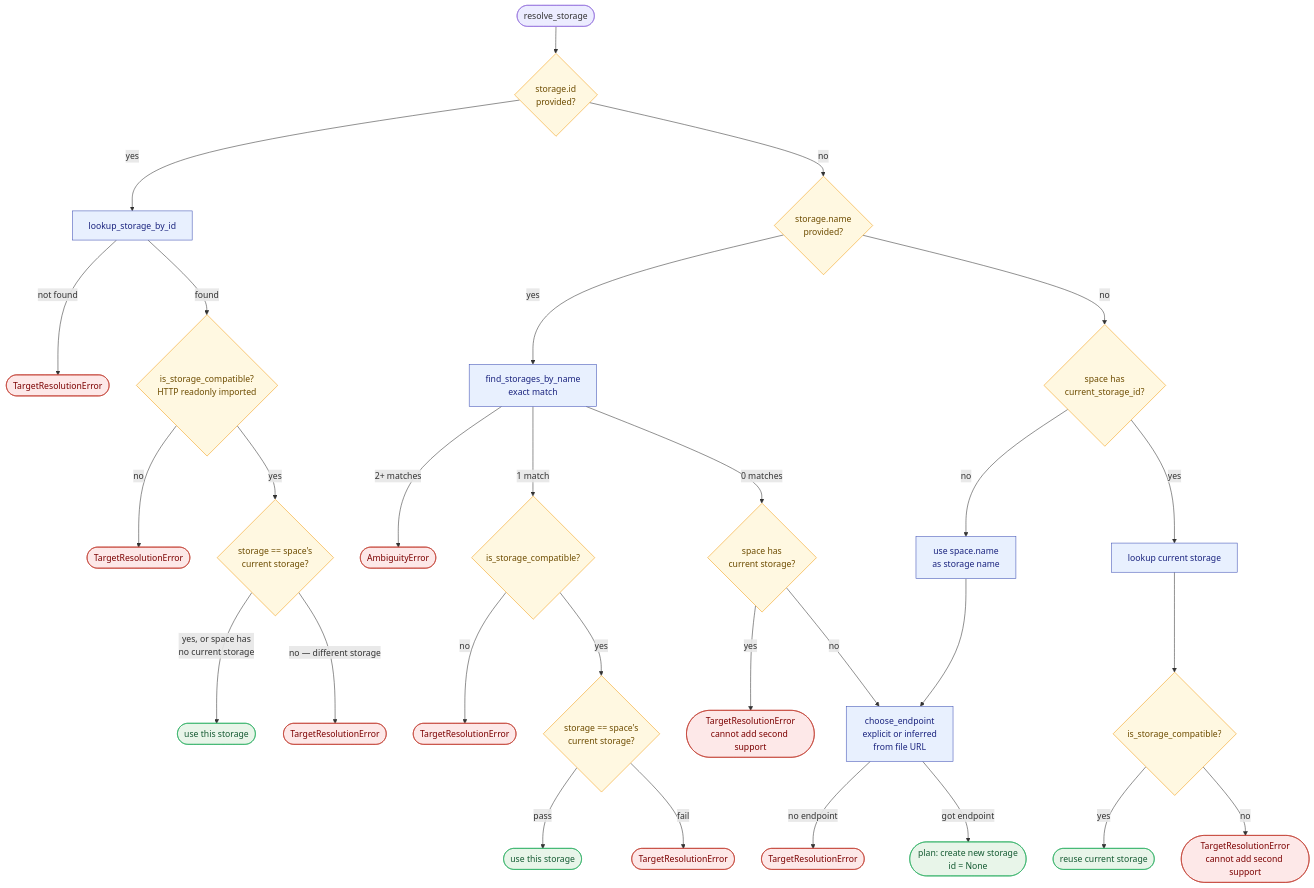
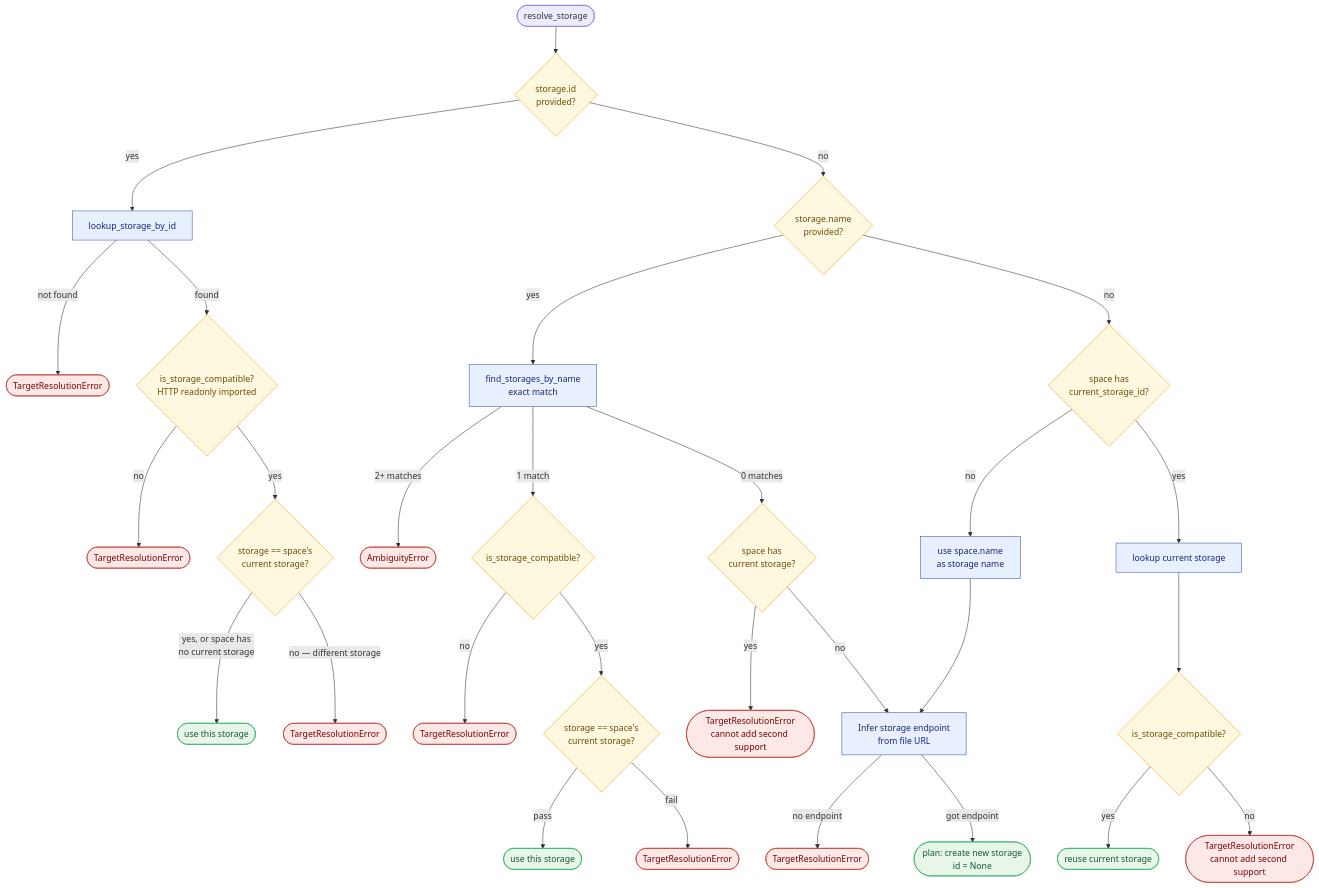
Before and after one commit to bergamote156/repository-crawlers: the second of 3 diagrams in apps/registrar/docs/design/_overview.md, drawn with Mermaid. The commit also changed 11 other files, not shown here.

````diff
--- a/apps/registrar/docs/design/_overview.md
+++ b/apps/registrar/docs/design/_overview.md
@@ -117,45 +117,45 @@
 ```mermaid
 flowchart TD
     START([resolve_storage]) --> Q_ID{storage.id\nprovided?}
 
     Q_ID -- yes --> LOOKUP_ID[lookup_storage_by_id]
     LOOKUP_ID -- not found --> ERR1([TargetResolutionError])
     LOOKUP_ID -- found --> COMPAT_ID{is_storage_compatible?\nHTTP readonly imported}
     COMPAT_ID -- no --> ERR2([TargetResolutionError])
     COMPAT_ID -- yes --> SINGLE_ID{storage == space's\ncurrent storage?}
     SINGLE_ID -- "yes, or space has\nno current storage" --> USE_ID([use this storage])
     SINGLE_ID -- "no — different storage" --> ERR3([TargetResolutionError])
 
     Q_ID -- no --> Q_NAME{storage.name\nprovided?}
     Q_NAME -- yes --> FIND[find_storages_by_name\nexact match]
     FIND -- "2+ matches" --> ERR4([AmbiguityError])
     FIND -- "1 match" --> COMPAT_NAME{is_storage_compatible?}
     COMPAT_NAME -- no --> ERR5([TargetResolutionError])
     COMPAT_NAME -- yes --> SINGLE_NAME{storage == space's\ncurrent storage?}
     SINGLE_NAME -- pass --> USE_NAME([use this storage])
     SINGLE_NAME -- fail --> ERR6([TargetResolutionError])
 
     FIND -- "0 matches" --> Q_CURRENT_NAME{space has\ncurrent storage?}
     Q_CURRENT_NAME -- yes --> ERR7([TargetResolutionError\ncannot add second support])
-    Q_CURRENT_NAME -- no --> ENDPOINT[choose_endpoint\nexplicit or inferred\nfrom file URL]
+    Q_CURRENT_NAME -- no --> ENDPOINT[Infer storage endpoint\nfrom file URL]
     ENDPOINT -- no endpoint --> ERR8([TargetResolutionError])
     ENDPOINT -- got endpoint --> CREATE([plan: create new storage\nid = None])
 
     Q_NAME -- no --> Q_CURRENT_AUTO{space has\ncurrent_storage_id?}
     Q_CURRENT_AUTO -- yes --> LOOKUP_AUTO[lookup current storage]
     LOOKUP_AUTO --> COMPAT_AUTO{is_storage_compatible?}
     COMPAT_AUTO -- yes --> REUSE([reuse current storage])
     COMPAT_AUTO -- no --> ERR9([TargetResolutionError\ncannot add second support])
     Q_CURRENT_AUTO -- no --> USE_SPACE_NAME[use space.name\nas storage name]
     USE_SPACE_NAME --> ENDPOINT
 
     classDef error fill:#fde8e8,stroke:#c0392b,color:#7b0000
     classDef success fill:#e8f5e9,stroke:#27ae60,color:#145a32
     classDef decision fill:#fff8e1,stroke:#f39c12,color:#6d4c00
     classDef op fill:#e8f0fe,stroke:#3f51b5,color:#1a237e
 
     class ERR1,ERR2,ERR3,ERR4,ERR5,ERR6,ERR7,ERR8,ERR9 error
     class USE_ID,USE_NAME,REUSE,CREATE success
     class Q_ID,Q_NAME,Q_CURRENT_NAME,Q_CURRENT_AUTO,COMPAT_ID,COMPAT_NAME,COMPAT_AUTO,SINGLE_ID,SINGLE_NAME decision
     class LOOKUP_ID,FIND,LOOKUP_AUTO,ENDPOINT,USE_SPACE_NAME op
 ```
````
